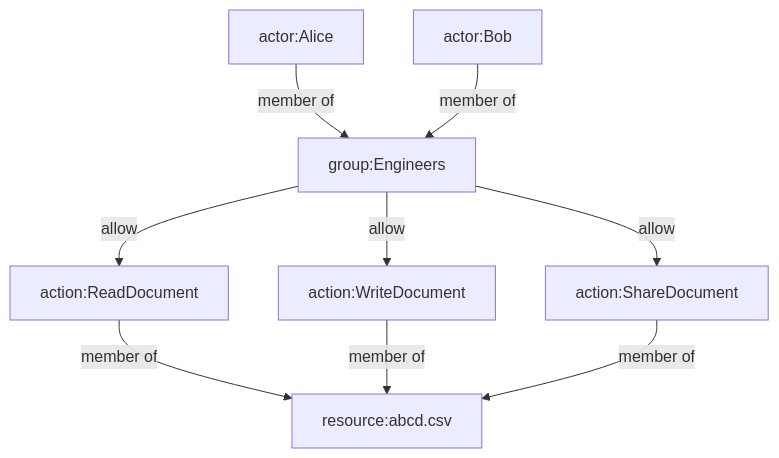
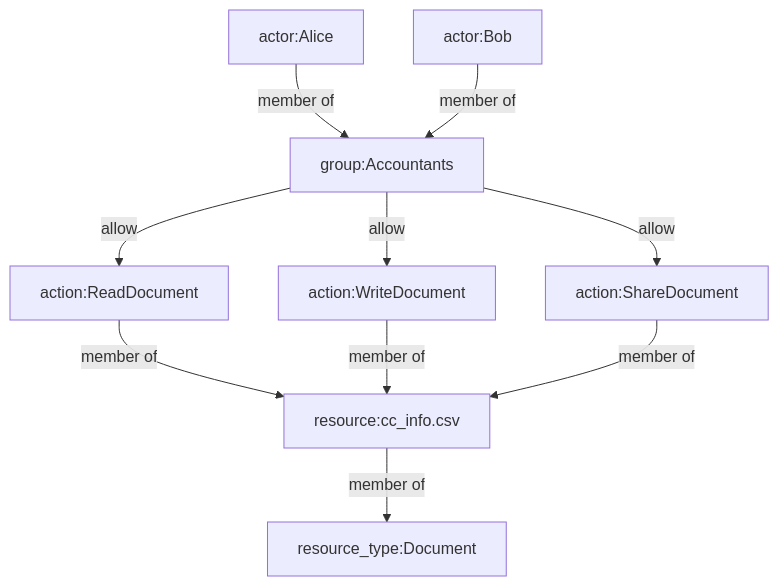
Before and after one commit to graydenshand/permission-graph: the third of 4 diagrams in docs/index.md, drawn with Mermaid. The commit also changed other lines of this file and 12 other files, not shown here.

Commit message:
Pydantic, doc tests, resource-type nodes

````diff
--- a/docs/index.md
+++ b/docs/index.md
@@ -127,21 +201,24 @@
-```mermaid
-flowchart
-    alice[actor:Alice]
-    bob[actor:Bob]
-    engineers[group:Engineers]
-    document[resource:abcd.csv]
-    read[action:ReadDocument]
-    write[action:WriteDocument]
-    share[action:ShareDocument]
+    ```mermaid
+    flowchart
+        alice[actor:Alice]
+        bob[actor:Bob]
+        accountants[group:Accountants]
+        document[resource:cc_info.csv]
+        read[action:ReadDocument]
+        write[action:WriteDocument]
+        share[action:ShareDocument]
+        document_type[resource_type:Document]
+        
+        document-->|member of|document_type
 
-    read-->|member of|document
-    write-->|member of|document
-    share-->|member of|document
+        read-->|member of|document
+        write-->|member of|document
+        share-->|member of|document
 
-    alice-->|member of|engineers
-    bob-->|member of|engineers
+        alice-->|member of|accountants
+        bob-->|member of|accountants
 
-    engineers-->|allow|read
-    engineers-->|allow|write
-    engineers-->|allow|share
-```
+        accountants-->|allow|read
+        accountants-->|allow|write
+        accountants-->|allow|share
+    ```
````
